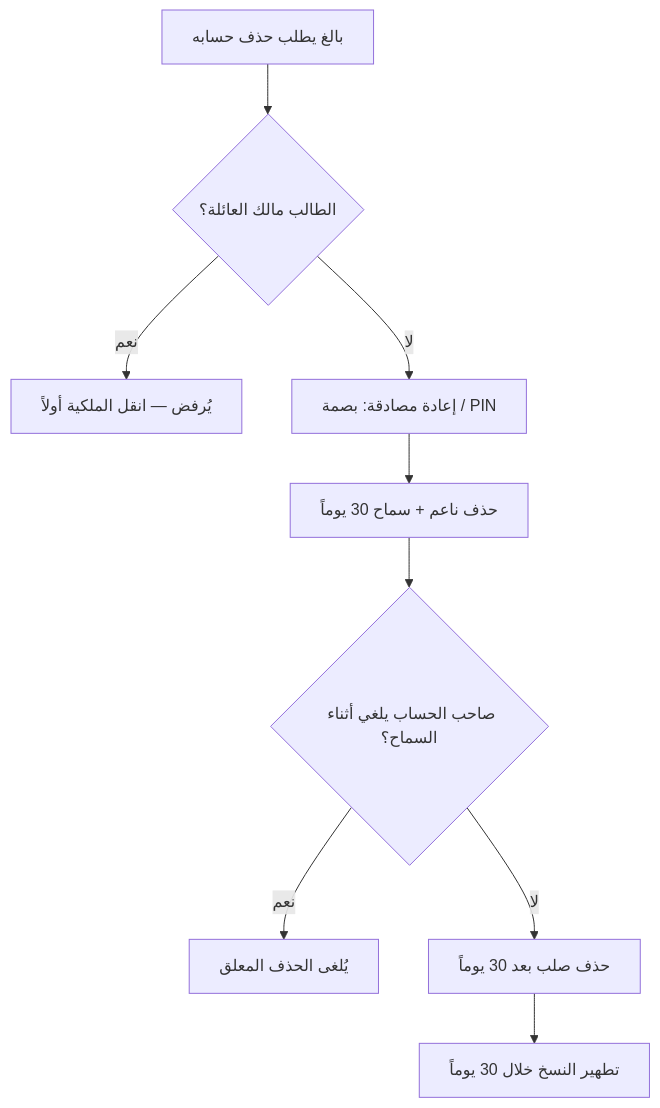
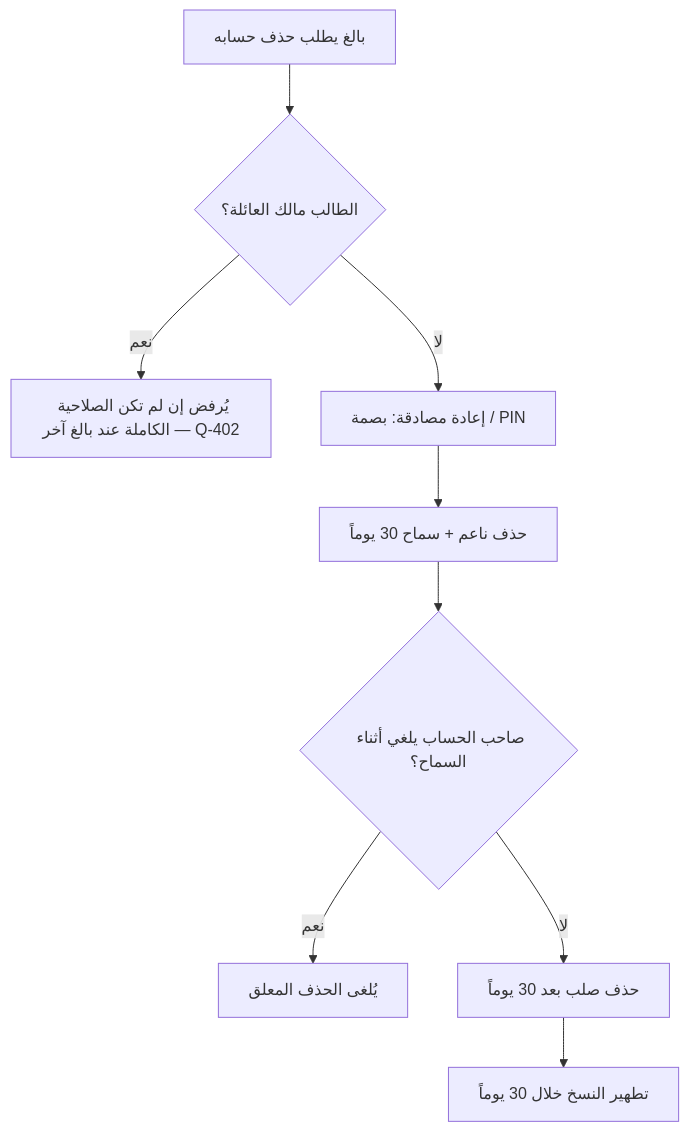
The fourth of 5 diagrams in docs/family-os/governance/phases/phase-1/S1-02-identity-and-onboarding/SPEC.md (Bassam-mohammed-alqaeadi/family-os-v2), drawn with Mermaid before and after one commit. The commit also changed other lines of this file and 10 other files, not shown here.

````diff
--- a/docs/family-os/governance/phases/phase-1/S1-02-identity-and-onboarding/SPEC.md
+++ b/docs/family-os/governance/phases/phase-1/S1-02-identity-and-onboarding/SPEC.md
@@ -229,11 +229,11 @@
 ```mermaid
 flowchart TD
     Req[بالغ يطلب حذف حسابه] --> Own{الطالب مالك العائلة؟}
-    Own -->|نعم| Deny[يُرفض — انقل الملكية أولاً]
+    Own -->|نعم| Deny[يُرفض إن لم تكن الصلاحية الكاملة عند بالغ آخر — Q-402]
     Own -->|لا| Auth[إعادة مصادقة: بصمة / PIN]
     Auth --> Soft[حذف ناعم + سماح 30 يوماً]
     Soft --> Undo{صاحب الحساب يلغي أثناء السماح؟}
     Undo -->|نعم| Cancel[يُلغى الحذف المعلق]
     Undo -->|لا| Hard[حذف صلب بعد 30 يوماً]
     Hard --> Purge[تطهير النسخ خلال 30 يوماً]
 ```
````
